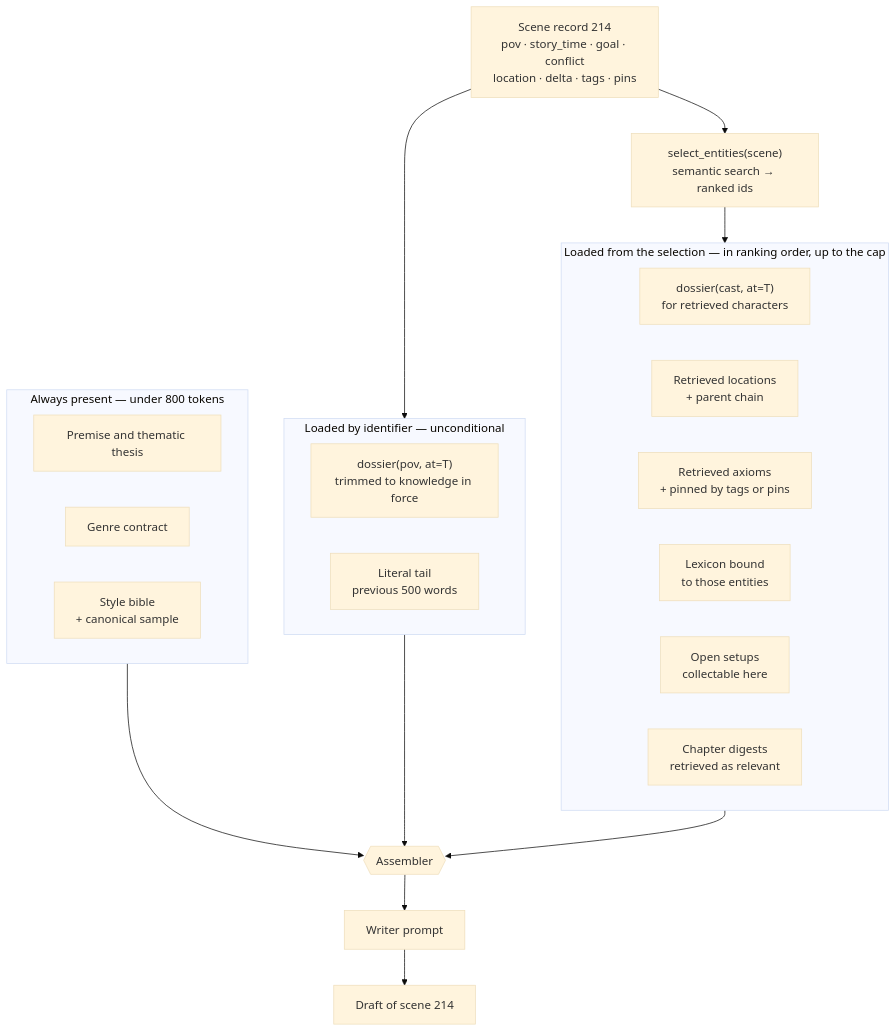
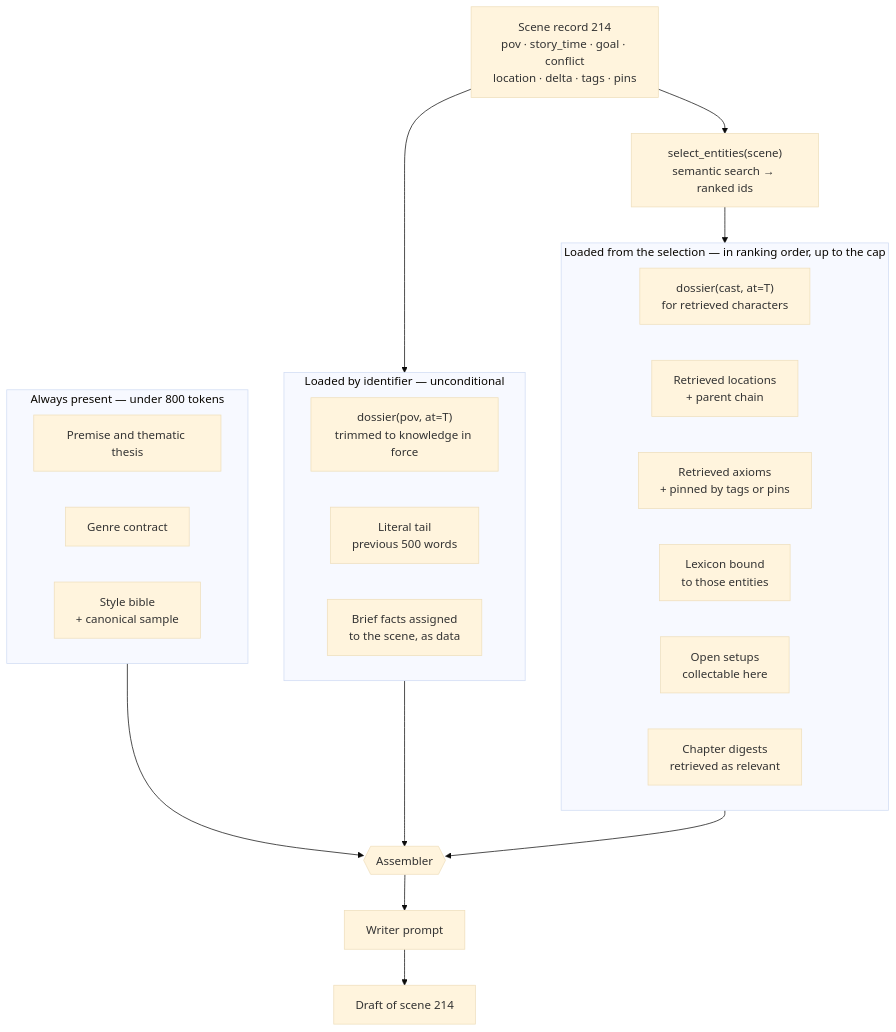
Before and after one commit to ignacio-hurtado-qaracter/My-Story-Marker: the third of 6 diagrams in docs/architecture.md, drawn with Mermaid (base theme). The commit also changed other lines of this file, not shown here.

First line of the commit message:
docs: architecture adds the brief, the authoritative database and the novel flow

````diff
--- a/docs/architecture.md
+++ b/docs/architecture.md
@@ -325,36 +447,37 @@
 ```mermaid
 flowchart TB
   S["Scene record 214<br/>pov · story_time · goal · conflict<br/>location · delta · tags · pins"]
   SEL["select_entities(scene)<br/>semantic search → ranked ids"]
 
   subgraph FIXED["Always present — under 800 tokens"]
     direction LR
     A["Premise and thematic thesis"]
     B["Genre contract"]
     G["Style bible<br/>+ canonical sample"]
   end
 
   subgraph BYID["Loaded by identifier — unconditional"]
     direction LR
     D["dossier(pov, at=T)<br/>trimmed to knowledge in force"]
     J["Literal tail<br/>previous 500 words"]
+    BF["Brief facts assigned<br/>to the scene, as data"]
   end
 
   subgraph SELECTED["Loaded from the selection — in ranking order, up to the cap"]
     direction LR
     D2["dossier(cast, at=T)<br/>for retrieved characters"]
     E["Retrieved locations<br/>+ parent chain"]
     F["Retrieved axioms<br/>+ pinned by tags or pins"]
     L["Lexicon bound<br/>to those entities"]
     H["Open setups<br/>collectable here"]
     I["Chapter digests<br/>retrieved as relevant"]
   end
 
   S --> SEL --> SELECTED
   S --> BYID
   FIXED --> Q{{"Assembler"}}
   BYID --> Q
   SELECTED --> Q
   Q --> R["Writer prompt"]
   R --> W["Draft of scene 214"]
 ```
````
